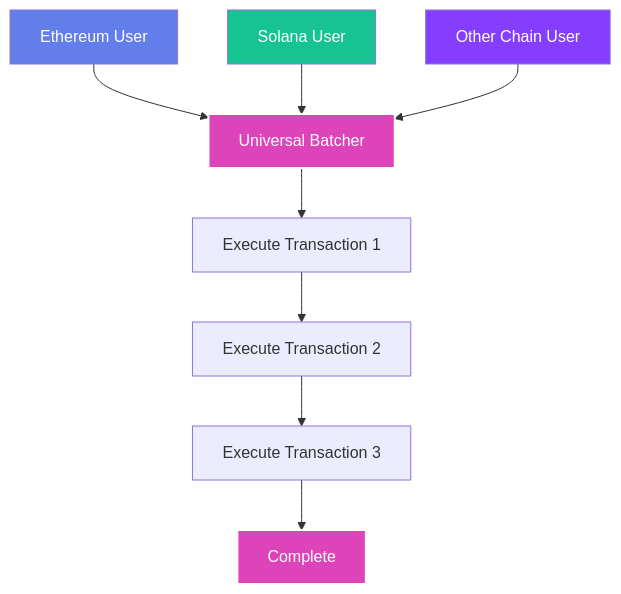
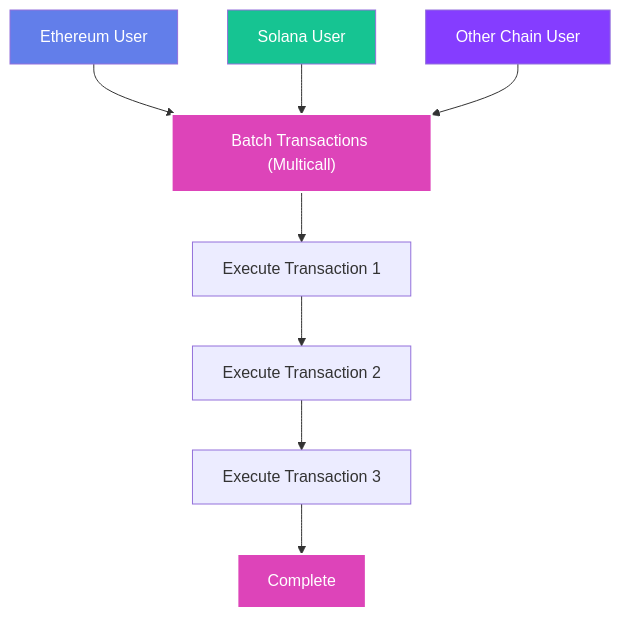
One commit to maximevtush/push-website changed the diagram in docs/chain/01-tutorials/01-basics/03-Tutorial-Mint-ERC-20-Tokens.mdx. Above: the diagram before and after it, drawn with Mermaid.

Commit message:
docs: update flowchart label from Universal Batcher to Batch Transactions in ERC-20 tutorial

````diff
--- a/docs/chain/01-tutorials/01-basics/03-Tutorial-Mint-ERC-20-Tokens.mdx
+++ b/docs/chain/01-tutorials/01-basics/03-Tutorial-Mint-ERC-20-Tokens.mdx
@@ -309,17 +309,17 @@
 ```mermaid
 flowchart TD
-    EU[Ethereum User] --> UB[Universal Batcher]
+    EU[Ethereum User] --> UB["Batch Transactions (Multicall)"]
     SU[Solana User] --> UB
     OU[Other Chain User] --> UB
     
     UB --> TX1[Execute Transaction 1]
     TX1 --> TX2[Execute Transaction 2]
     TX2 --> TX3[Execute Transaction 3]
     TX3 --> EOL[Complete]
     
     style EOL fill:#dd44b9,stroke:#fff,stroke-width:2px,color:#fff
     style UB fill:#dd44b9,stroke:#fff,stroke-width:2px,color:#fff
     style EU fill:#627eea,color:#fff
     style SU fill:#16c492,color:#fff
     style OU fill:#853dff,color:#fff
 ```
````
